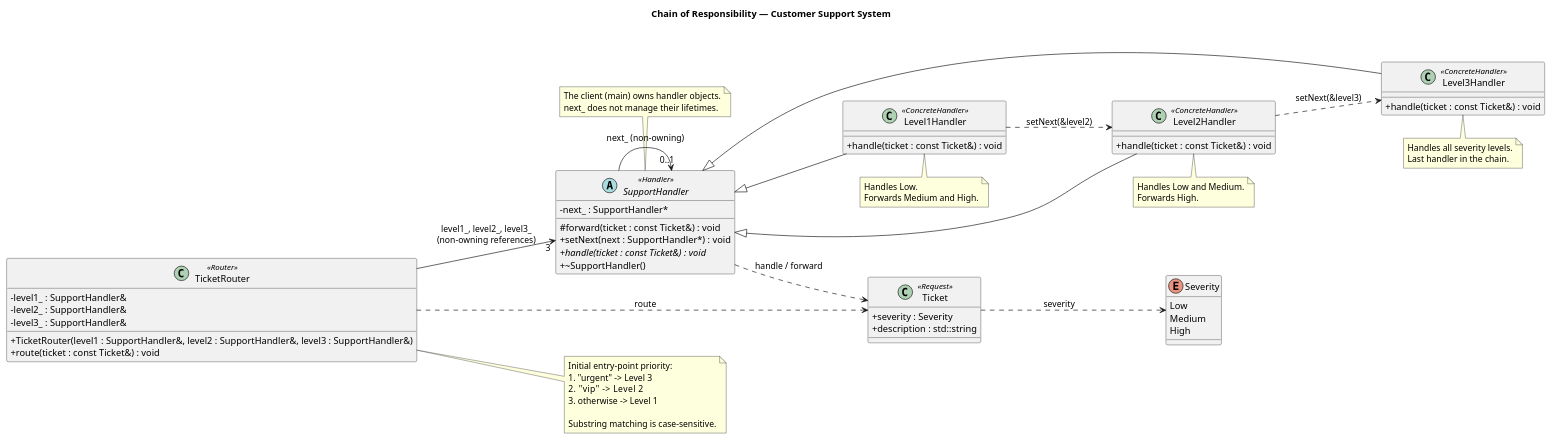
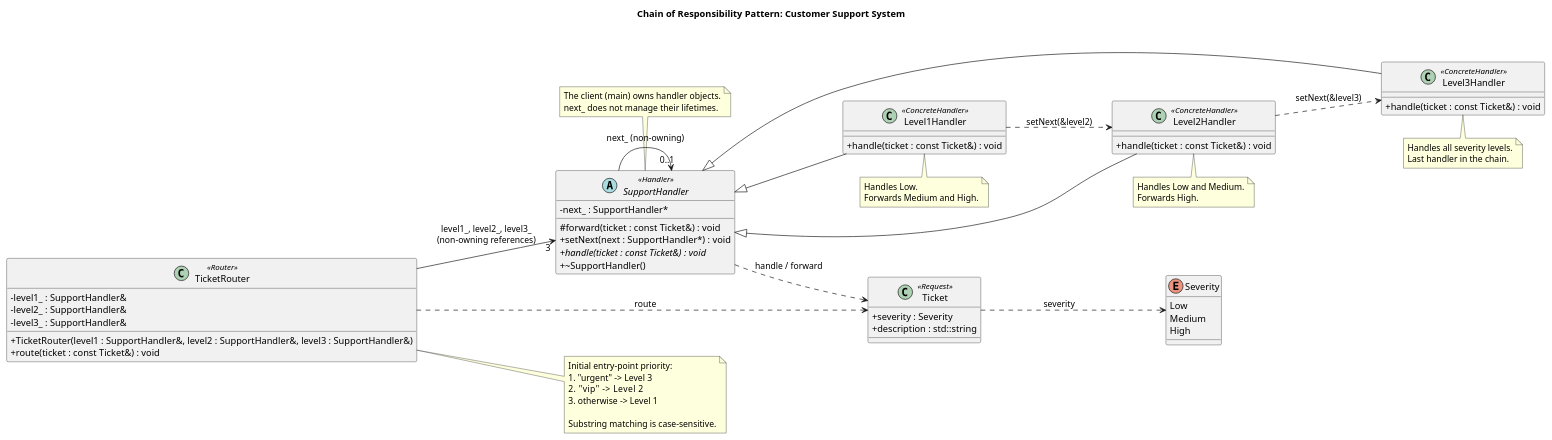
The diagram in behavioral-patterns/chain_of_responsibility/cpp/architecture.puml (PatrickG2907/oop-design-pattern-challenges), drawn with PlantUML before and after one commit.

```diff
--- a/behavioral-patterns/chain_of_responsibility/cpp/architecture.puml
+++ b/behavioral-patterns/chain_of_responsibility/cpp/architecture.puml
@@ -1,127 +1,127 @@
 @startuml
-title Chain of Responsibility — Customer Support System
+title Chain of Responsibility Pattern: Customer Support System
 
 skinparam classAttributeIconSize 0
 skinparam shadowing false
 left to right direction
 
 ' ============================================================
 ' 1. REQUEST TYPES
 ' ============================================================
 
 enum Severity {
     Low
     Medium
     High
 }
 
 class Ticket <<Request>> {
     + severity : Severity
     + description : std::string
 }
 
 ' ============================================================
 ' 2. ABSTRACT HANDLER
 ' ============================================================
 
 abstract class SupportHandler <<Handler>> {
     - next_ : SupportHandler*
     # forward(ticket : const Ticket&) : void
     + setNext(next : SupportHandler*) : void
     + {abstract} handle(ticket : const Ticket&) : void
     + ~SupportHandler()
 }
 
 ' ============================================================
 ' 3. CONCRETE HANDLERS
 ' ============================================================
 
 class Level1Handler <<ConcreteHandler>> {
     + handle(ticket : const Ticket&) : void
 }
 
 class Level2Handler <<ConcreteHandler>> {
     + handle(ticket : const Ticket&) : void
 }
 
 class Level3Handler <<ConcreteHandler>> {
     + handle(ticket : const Ticket&) : void
 }
 
 ' ============================================================
 ' 4. ENTRY-POINT ROUTER
 ' ============================================================
 
 class TicketRouter <<Router>> {
     - level1_ : SupportHandler&
     - level2_ : SupportHandler&
     - level3_ : SupportHandler&
     + TicketRouter(level1 : SupportHandler&, level2 : SupportHandler&, level3 : SupportHandler&)
     + route(ticket : const Ticket&) : void
 }
 
 ' ============================================================
 ' 5. INHERITANCE
 ' ============================================================
 
 SupportHandler <|-- Level1Handler
 SupportHandler <|-- Level2Handler
 SupportHandler <|-- Level3Handler
 
 ' ============================================================
 ' 6. CHAIN AND REFERENCE RELATIONSHIPS
 ' ============================================================
 
 ' Non-owning successor pointer.
 SupportHandler --> "0..1" SupportHandler : next_ (non-owning)
 
 ' Actual successor configuration in main().
 Level1Handler ..> Level2Handler : setNext(&level2)
 Level2Handler ..> Level3Handler : setNext(&level3)
 
 ' The router holds three non-owning handler references.
 TicketRouter --> "3" SupportHandler : level1_, level2_, level3_\n(non-owning references)
 
 ' Request dependencies.
 SupportHandler ..> Ticket : handle / forward
 TicketRouter ..> Ticket : route
 Ticket ..> Severity : severity
 
 ' ============================================================
 ' 7. HANDLER RESPONSIBILITIES
 ' ============================================================
 
 note bottom of Level1Handler
   Handles Low.
   Forwards Medium and High.
 end note
 
 note bottom of Level2Handler
   Handles Low and Medium.
   Forwards High.
 end note
 
 note bottom of Level3Handler
   Handles all severity levels.
   Last handler in the chain.
 end note
 
 ' ============================================================
 ' 8. ROUTING RULES AND OWNERSHIP
 ' ============================================================
 
 note right of TicketRouter
   Initial entry-point priority:
   1. "urgent" -> Level 3
   2. "vip"    -> Level 2
   3. otherwise -> Level 1
 
   Substring matching is case-sensitive.
 end note
 
 note top of SupportHandler
   The client (main) owns handler objects.
   next_ does not manage their lifetimes.
 end note
 
 @enduml
```
